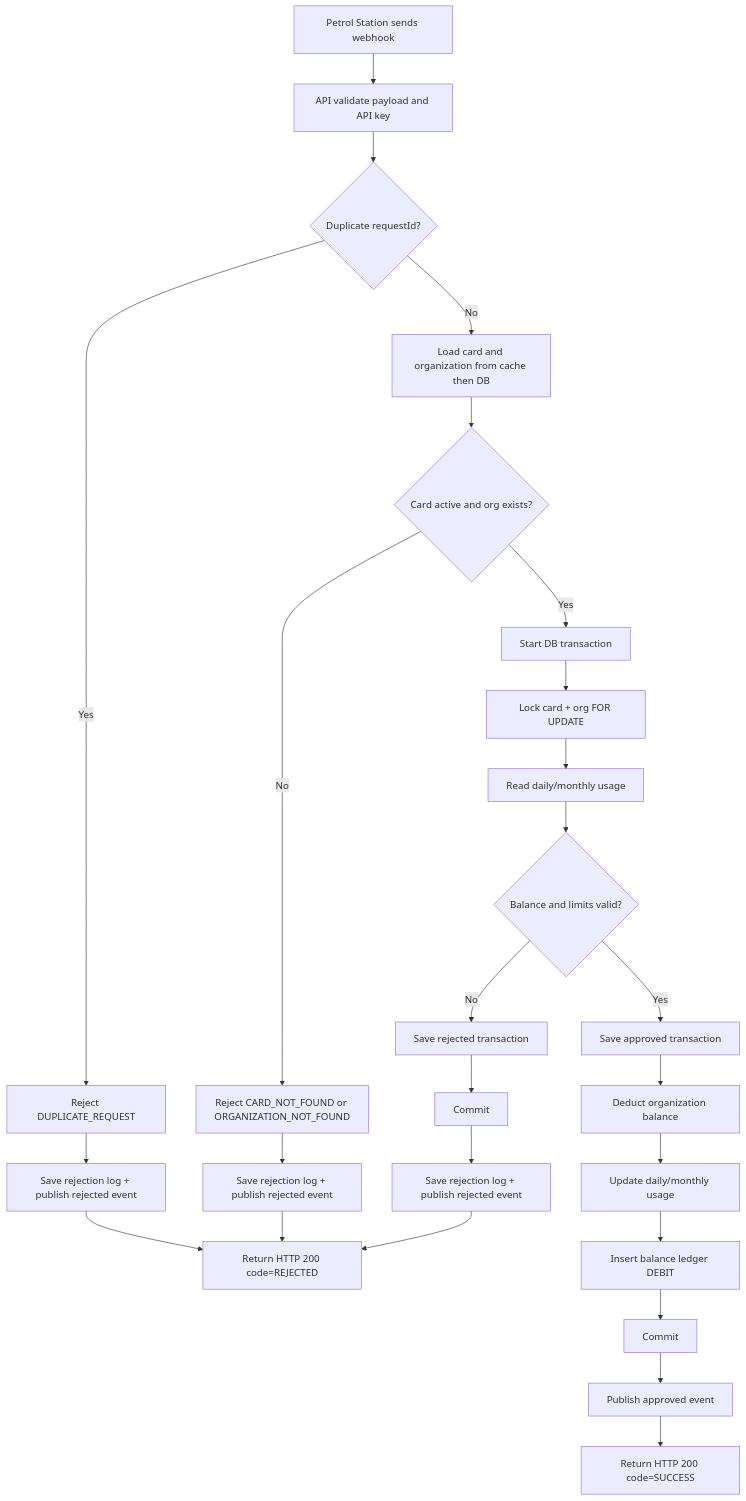
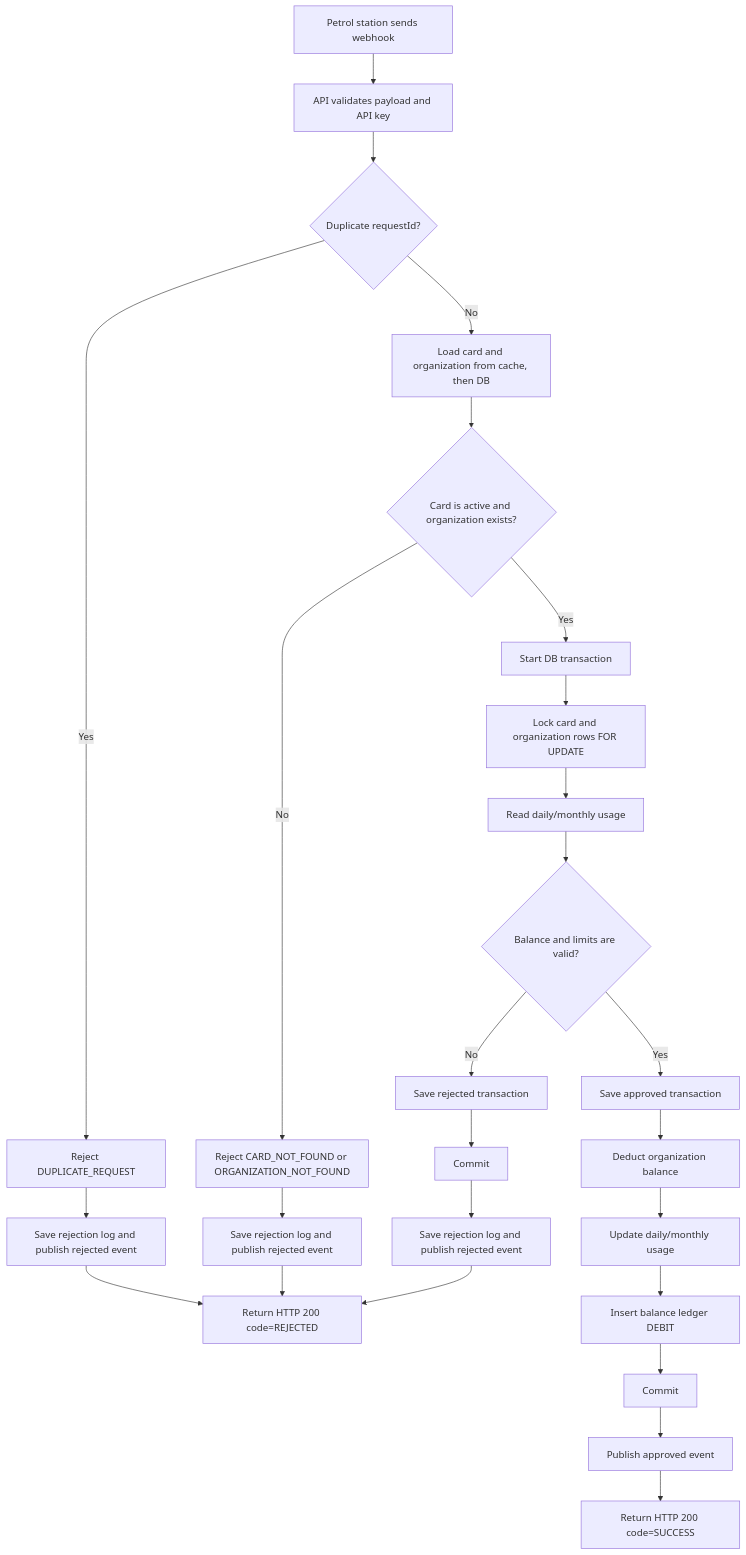
Before and after one commit to radyatamaa/myfuel-transaction-processor: the first of 3 diagrams in docs/system-design.md, drawn with Mermaid. The commit also changed other lines of this file and 12 other files, not shown here.

````diff
--- a/docs/system-design.md
+++ b/docs/system-design.md
@@ -10,34 +10,34 @@
 ```mermaid
 flowchart TD
-  A[Petrol Station sends webhook] --> B[API validate payload and API key]
+  A[Petrol station sends webhook] --> B[API validates payload and API key]
   B --> C{Duplicate requestId?}
 
   C -- Yes --> C1[Reject DUPLICATE_REQUEST]
-  C1 --> C2[Save rejection log + publish rejected event]
+  C1 --> C2[Save rejection log and publish rejected event]
   C2 --> Z1[Return HTTP 200 code=REJECTED]
 
-  C -- No --> D[Load card and organization from cache then DB]
-  D --> E{Card active and org exists?}
+  C -- No --> D[Load card and organization from cache, then DB]
+  D --> E{Card is active and organization exists?}
 
   E -- No --> E1[Reject CARD_NOT_FOUND or ORGANIZATION_NOT_FOUND]
-  E1 --> E2[Save rejection log + publish rejected event]
+  E1 --> E2[Save rejection log and publish rejected event]
   E2 --> Z1
 
   E -- Yes --> F[Start DB transaction]
-  F --> G[Lock card + org FOR UPDATE]
+  F --> G[Lock card and organization rows FOR UPDATE]
   G --> H[Read daily/monthly usage]
-  H --> I{Balance and limits valid?}
+  H --> I{Balance and limits are valid?}
 
   I -- No --> I1[Save rejected transaction]
   I1 --> I2[Commit]
-  I2 --> I3[Save rejection log + publish rejected event]
+  I2 --> I3[Save rejection log and publish rejected event]
   I3 --> Z1
 
   I -- Yes --> J[Save approved transaction]
   J --> K[Deduct organization balance]
   K --> L[Update daily/monthly usage]
   L --> M[Insert balance ledger DEBIT]
   M --> N[Commit]
   N --> O[Publish approved event]
   O --> Z2[Return HTTP 200 code=SUCCESS]
 ```
````
